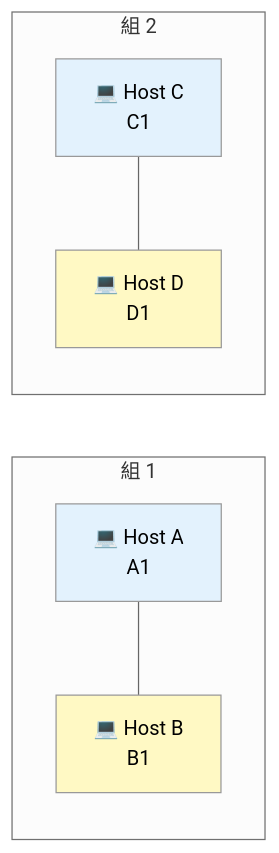
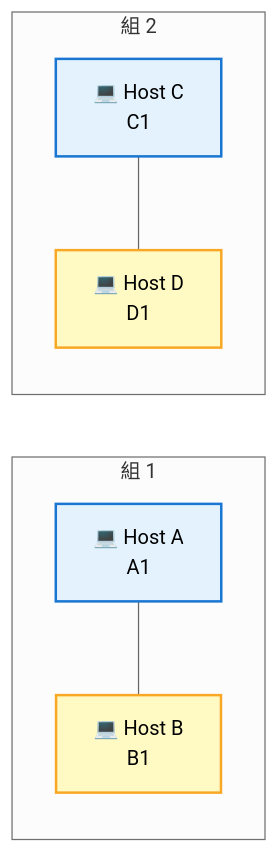
Before and after one commit to Tsunanko/netpractice-guide: the first of 4 diagrams in docs/02-levels/level1.md, drawn with Mermaid (neutral theme). The commit also changed other lines of this file and 1 other file, not shown here.

First line of the commit message:
Visualize Level 1 考え方 with subnet diagrams; fix Mermaid dark-mode text

````diff
--- a/docs/02-levels/level1.md
+++ b/docs/02-levels/level1.md
@@ -31,18 +31,19 @@
 ```mermaid
 flowchart LR
     subgraph pair1 [組 1]
       A[💻 Host A<br>A1]
       B[💻 Host B<br>B1]
       A --- B
     end
     subgraph pair2 [組 2]
       C[💻 Host C<br>C1]
       D[💻 Host D<br>D1]
       C --- D
     end
 
-    style A fill:#E3F2FD
-    style B fill:#FFF9C4
-    style C fill:#E3F2FD
-    style D fill:#FFF9C4
+    classDef leftHost fill:#E3F2FD,stroke:#1976D2,color:#000,stroke-width:2px
+    classDef rightHost fill:#FFF9C4,stroke:#F9A825,color:#000,stroke-width:2px
+
+    class A,C leftHost
+    class B,D rightHost
 ```
````
